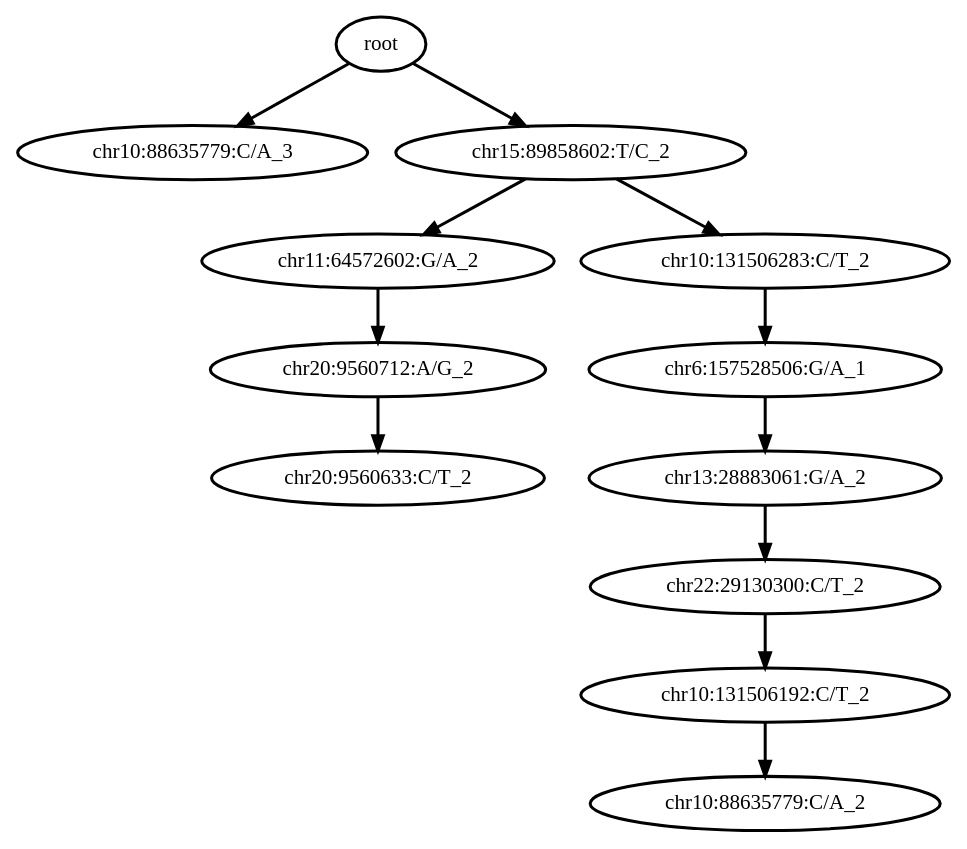
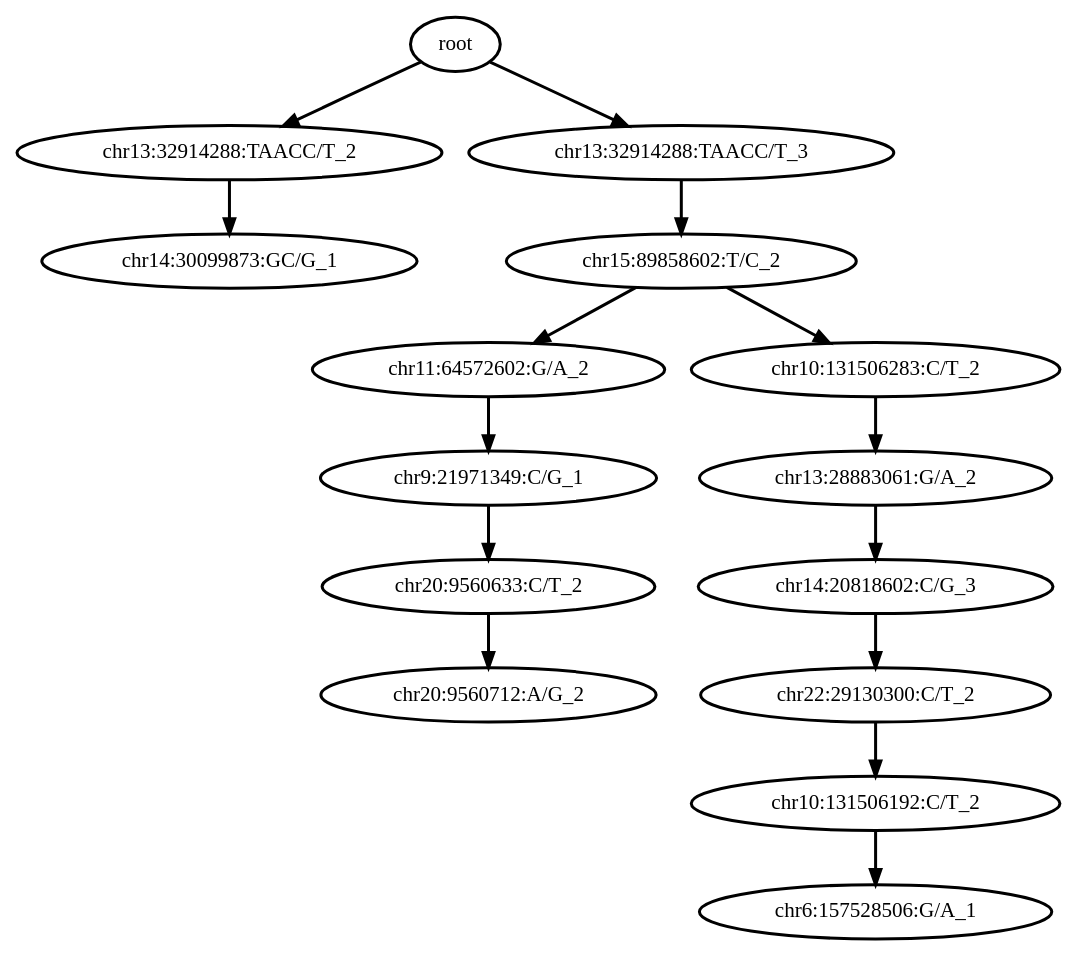
Before and after one commit to haochenz96/Tapestri_main_manuscript_analysis: the diagram in 0_condor_pipeline/condor_outputs/BPA-3/out_tree_without_cells.dot, drawn with Graphviz. The commit also changed 104 other files, not shown here.

```diff
--- a/0_condor_pipeline/condor_outputs/BPA-3/out_tree_without_cells.dot
+++ b/0_condor_pipeline/condor_outputs/BPA-3/out_tree_without_cells.dot
@@ -1,27 +1,33 @@
 digraph N {
 	overlap="false"
 	rankdir="TB"
 	0 [label="root", style="bold"];
-	1 [label="chr10:88635779:C/A_3", style="bold"];
-	2 [label="chr15:89858602:T/C_2", style="bold"];
-	3 [label="chr11:64572602:G/A_2", style="bold"];
-	4 [label="chr20:9560712:A/G_2", style="bold"];
-	5 [label="chr20:9560633:C/T_2", style="bold"];
-	6 [label="chr10:131506283:C/T_2", style="bold"];
-	7 [label="chr6:157528506:G/A_1", style="bold"];
-	8 [label="chr13:28883061:G/A_2", style="bold"];
-	9 [label="chr22:29130300:C/T_2", style="bold"];
-	10 [label="chr10:131506192:C/T_2", style="bold"];
-	11 [label="chr10:88635779:C/A_2", style="bold"];
+	1 [label="chr13:32914288:TAACC/T_2", style="bold"];
+	2 [label="chr14:30099873:GC/G_1", style="bold"];
+	3 [label="chr13:32914288:TAACC/T_3", style="bold"];
+	4 [label="chr15:89858602:T/C_2", style="bold"];
+	5 [label="chr11:64572602:G/A_2", style="bold"];
+	6 [label="chr9:21971349:C/G_1", style="bold"];
+	7 [label="chr20:9560633:C/T_2", style="bold"];
+	8 [label="chr20:9560712:A/G_2", style="bold"];
+	9 [label="chr10:131506283:C/T_2", style="bold"];
+	10 [label="chr13:28883061:G/A_2", style="bold"];
+	11 [label="chr14:20818602:C/G_3", style="bold"];
+	12 [label="chr22:29130300:C/T_2", style="bold"];
+	13 [label="chr10:131506192:C/T_2", style="bold"];
+	14 [label="chr6:157528506:G/A_1", style="bold"];
 	0 -> 1 [style="bold"];
-	0 -> 2 [style="bold"];
-	2 -> 3 [style="bold"];
-	2 -> 6 [style="bold"];
+	0 -> 3 [style="bold"];
+	1 -> 2 [style="bold"];
 	3 -> 4 [style="bold"];
 	4 -> 5 [style="bold"];
+	4 -> 9 [style="bold"];
+	5 -> 6 [style="bold"];
 	6 -> 7 [style="bold"];
 	7 -> 8 [style="bold"];
-	8 -> 9 [style="bold"];
 	9 -> 10 [style="bold"];
 	10 -> 11 [style="bold"];
+	11 -> 12 [style="bold"];
+	12 -> 13 [style="bold"];
+	13 -> 14 [style="bold"];
 }
```
